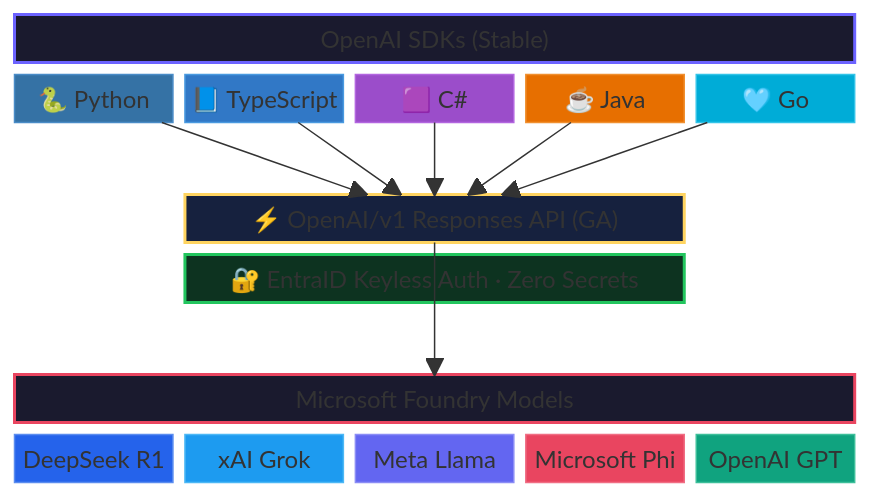
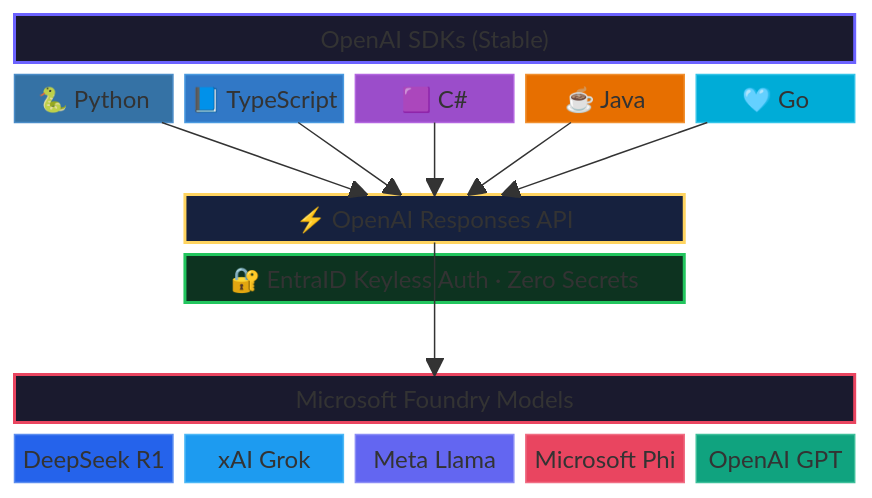
The diagram in README.md (Azure-Samples/ai-model-start), drawn with Mermaid before and after one commit. The commit also changed other lines of this file, not shown here.

Commit message:
Update README: clarify OpenAI Responses API wording, rename to Microsoft Foundry

````diff
--- a/README.md
+++ b/README.md
@@ -9,34 +9,34 @@
 ```mermaid
 block-beta
     columns 5
     sdkTitle["OpenAI SDKs (Stable)"]:5
     py["🐍 Python"] ts["📘 TypeScript"] cs["🟪 C#"] java["☕ Java"] go["🩵 Go"]
     space:5
-    space:1 arrow["⚡ OpenAI/v1 Responses API (GA)"]:3 space:1
+    space:1 arrow["⚡ OpenAI Responses API"]:3 space:1
     space:1 auth["🔐 EntraID Keyless Auth · Zero Secrets"]:3 space:1
     space:5
     foundryTitle["Microsoft Foundry Models"]:5
     deepseek["DeepSeek R1"] grok["xAI Grok"] llama["Meta Llama"] msft["Microsoft Phi"] oai["OpenAI GPT"]
 
     py --> arrow
     ts --> arrow
     cs --> arrow
     java --> arrow
     go --> arrow
     arrow --> foundryTitle
 
     style sdkTitle fill:#1a1a2e,color:#e0e0ff,font-weight:bold,stroke:#6c63ff,stroke-width:2px
     style foundryTitle fill:#1a1a2e,color:#e0e0ff,font-weight:bold,stroke:#e94560,stroke-width:2px
     style arrow fill:#16213e,color:#ffd460,font-weight:bold,stroke:#ffd460,stroke-width:2px
     style auth fill:#0d3320,color:#4ade80,font-weight:bold,stroke:#22c55e,stroke-width:2px
     style py fill:#3572A5,color:#fff,stroke:#4a8cc7,stroke-width:1px
     style ts fill:#3178c6,color:#fff,stroke:#4a9ae0,stroke-width:1px
     style cs fill:#9b4dca,color:#fff,stroke:#b366e0,stroke-width:1px
     style java fill:#e76f00,color:#fff,stroke:#f09030,stroke-width:1px
     style go fill:#00acd7,color:#fff,stroke:#33c4e8,stroke-width:1px
     style deepseek fill:#2563eb,color:#fff,stroke:#5b8def,stroke-width:1px
     style grok fill:#1d9bf0,color:#fff,stroke:#4db8f5,stroke-width:1px
     style llama fill:#6366f1,color:#fff,stroke:#8b8df5,stroke-width:1px
     style msft fill:#e94560,color:#fff,stroke:#f06e84,stroke-width:1px
     style oai fill:#10a37f,color:#fff,stroke:#3dbf9a,stroke-width:1px
 ```
````
